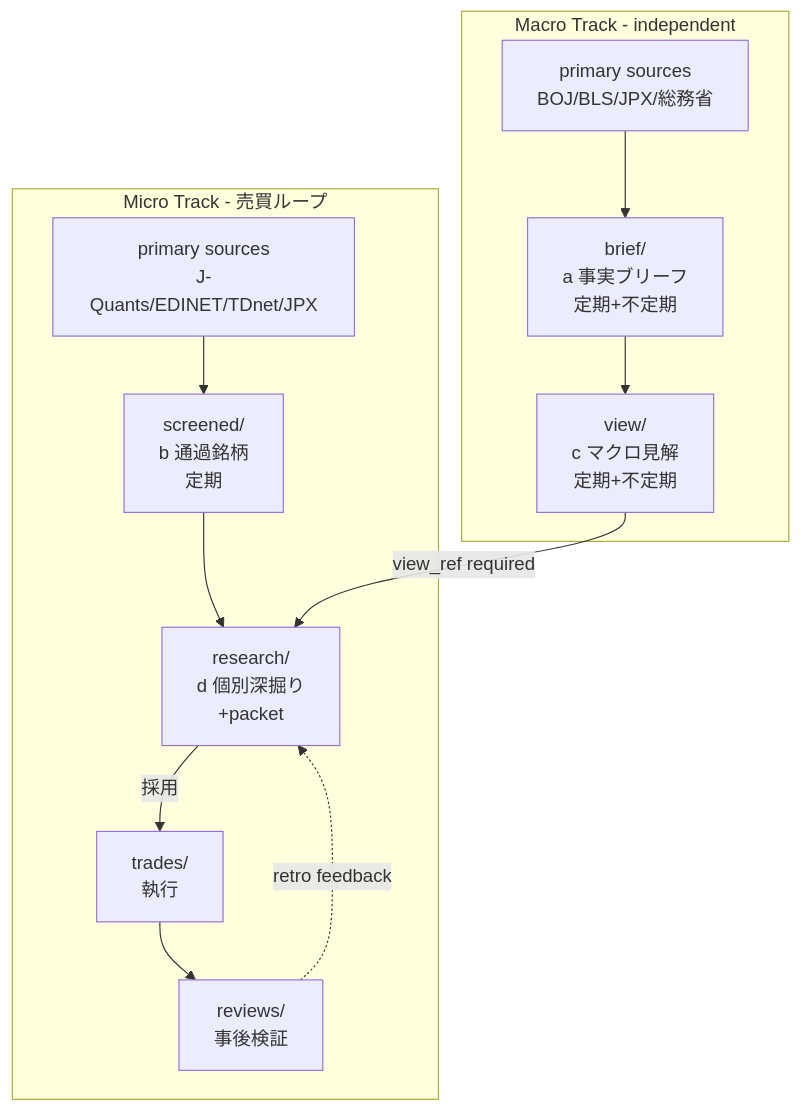
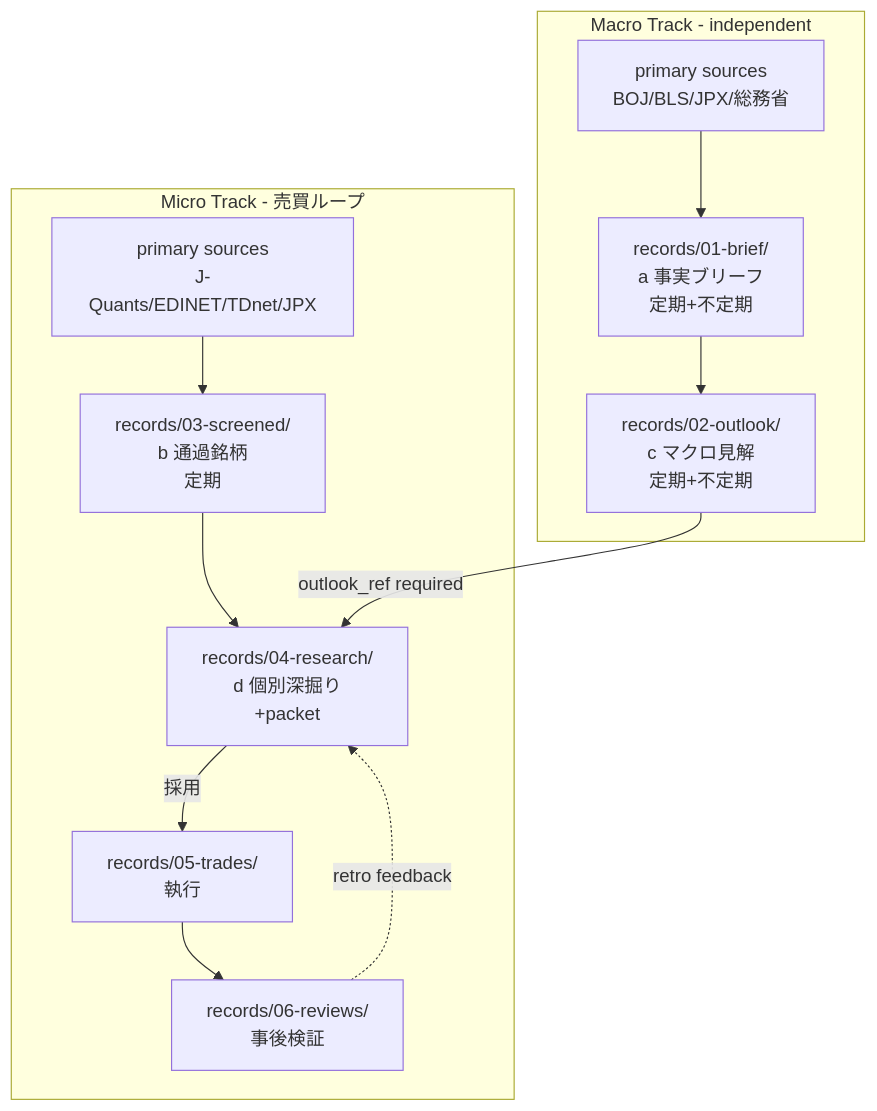
The diagram in docs/architecture-v1.md (koumatsumoto/baibai-loop), drawn with Mermaid before and after one commit. The commit also changed other lines of this file and 141 other files, not shown here.

````diff
--- a/docs/architecture-v1.md
+++ b/docs/architecture-v1.md
@@ -86,24 +86,24 @@
 ```mermaid
 flowchart TB
     subgraph MacroTrack[Macro Track - independent]
         PA[primary sources<br/>BOJ/BLS/JPX/総務省]
-        BRIEF[brief/<br/>a 事実ブリーフ<br/>定期+不定期]
-        VIEW[view/<br/>c マクロ見解<br/>定期+不定期]
-        PA --> BRIEF --> VIEW
+        BRIEF[records/01-brief/<br/>a 事実ブリーフ<br/>定期+不定期]
+        OUTLOOK[records/02-outlook/<br/>c マクロ見解<br/>定期+不定期]
+        PA --> BRIEF --> OUTLOOK
     end
 
     subgraph MicroTrack[Micro Track - 売買ループ]
         PB[primary sources<br/>J-Quants/EDINET/TDnet/JPX]
-        SCREENED[screened/<br/>b 通過銘柄<br/>定期]
-        RESEARCH[research/<br/>d 個別深掘り<br/>+packet]
-        TRADES[trades/<br/>執行]
-        REVIEWS[reviews/<br/>事後検証]
+        SCREENED[records/03-screened/<br/>b 通過銘柄<br/>定期]
+        RESEARCH[records/04-research/<br/>d 個別深掘り<br/>+packet]
+        TRADES[records/05-trades/<br/>執行]
+        REVIEWS[records/06-reviews/<br/>事後検証]
         PB --> SCREENED
         SCREENED --> RESEARCH
         RESEARCH -->|採用| TRADES
         TRADES --> REVIEWS
         REVIEWS -.retro feedback.-> RESEARCH
     end
 
-    VIEW -->|view_ref required| RESEARCH
+    OUTLOOK -->|outlook_ref required| RESEARCH
 ```
````
